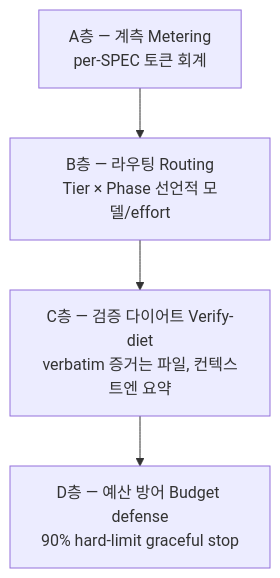
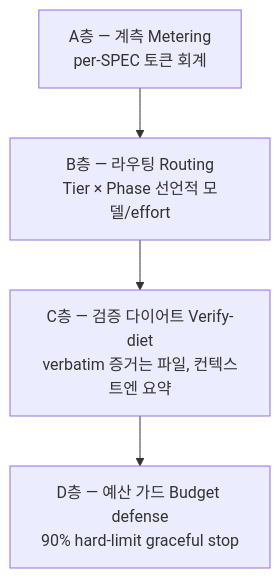
The diagram in docs-site/content/ko/advanced/tokenomics-overview.md (modu-ai/moai-adk), drawn with Mermaid before and after one commit. The commit also changed other lines of this file and 54 other files, not shown here.

````diff
--- a/docs-site/content/ko/advanced/tokenomics-overview.md
+++ b/docs-site/content/ko/advanced/tokenomics-overview.md
@@ -33,11 +33,11 @@
 ```mermaid
 flowchart TD
     A["A층 — 계측 Metering<br/>per-SPEC 토큰 회계"]
     B["B층 — 라우팅 Routing<br/>Tier × Phase 선언적 모델/effort"]
     C["C층 — 검증 다이어트 Verify-diet<br/>verbatim 증거는 파일, 컨텍스트엔 요약"]
-    D["D층 — 예산 방어 Budget defense<br/>90% hard-limit graceful stop"]
+    D["D층 — 예산 가드 Budget defense<br/>90% hard-limit graceful stop"]
 
     A --> B
     B --> C
     C --> D
 ```
````
